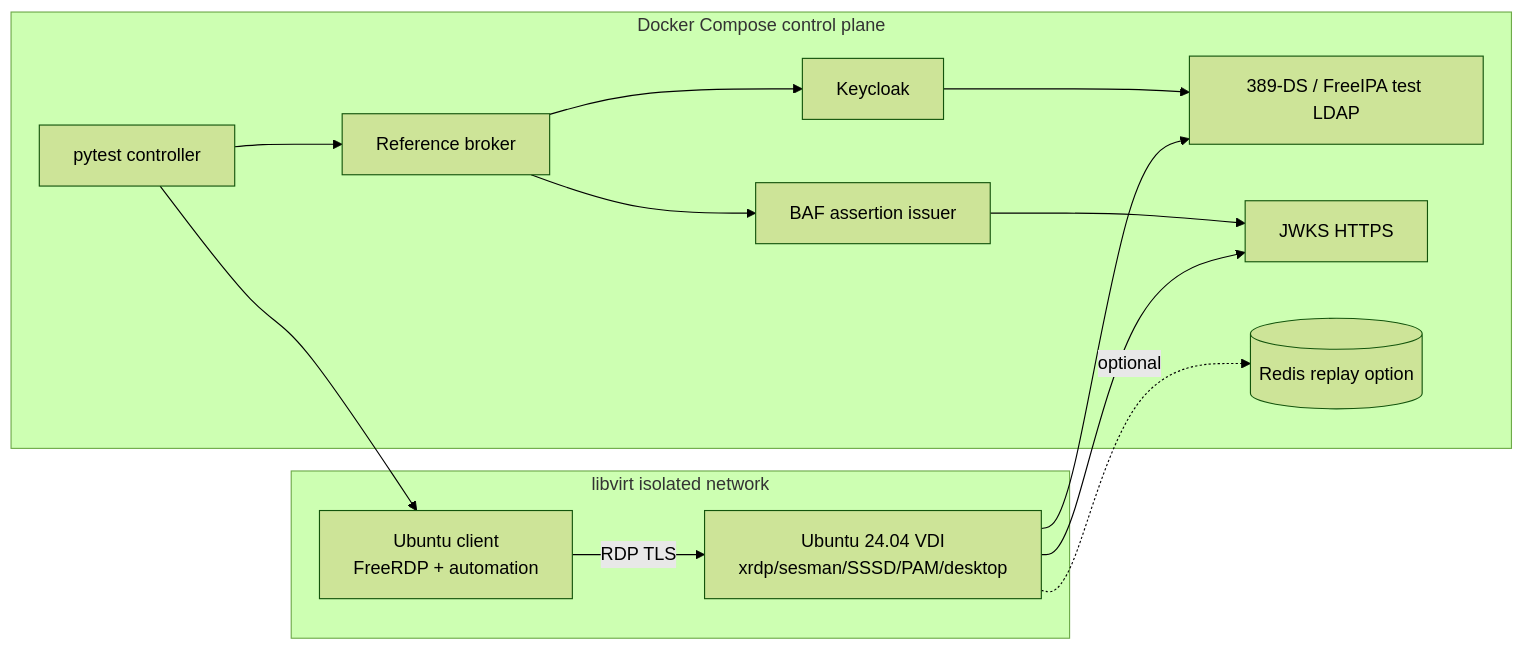
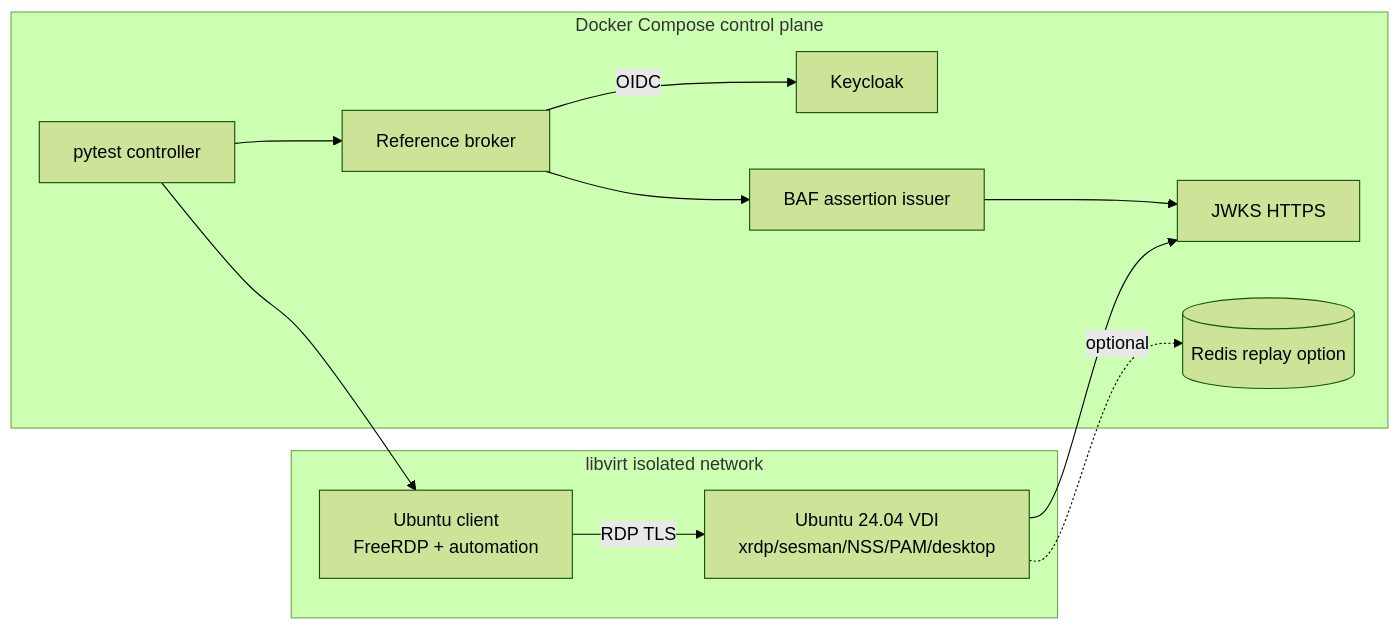
One commit to risi70/xrdp changed the first of 2 diagrams in specification/08-docker-kvm-test-lab.md. Above: the diagram before and after it, drawn with Mermaid (forest theme). The commit also changed other lines of this file and 63 other files, not shown here.

````diff
--- a/specification/08-docker-kvm-test-lab.md
+++ b/specification/08-docker-kvm-test-lab.md
@@ -11,26 +11,23 @@
 ```mermaid
 flowchart LR
   subgraph Docker["Docker Compose control plane"]
     KC[Keycloak]
-    LDAP[389-DS / FreeIPA test LDAP]
     BR[Reference broker]
     IS[BAF assertion issuer]
     JW[JWKS HTTPS]
     RC[(Redis replay option)]
     TR[pytest controller]
-    KC --> LDAP
-    BR --> KC
+    BR -->|OIDC| KC
     BR --> IS
     IS --> JW
   end
   subgraph KVM["libvirt isolated network"]
-    VDI[Ubuntu 24.04 VDI\nxrdp/sesman/SSSD/PAM/desktop]
+    VDI[Ubuntu 24.04 VDI\nxrdp/sesman/NSS/PAM/desktop]
     CLI[Ubuntu client\nFreeRDP + automation]
   end
   TR --> BR
   TR --> CLI
   CLI -->|RDP TLS| VDI
-  VDI --> LDAP
   VDI --> JW
   VDI -. optional .-> RC
 ```
````
